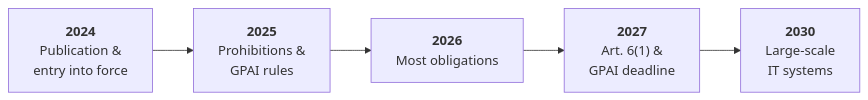
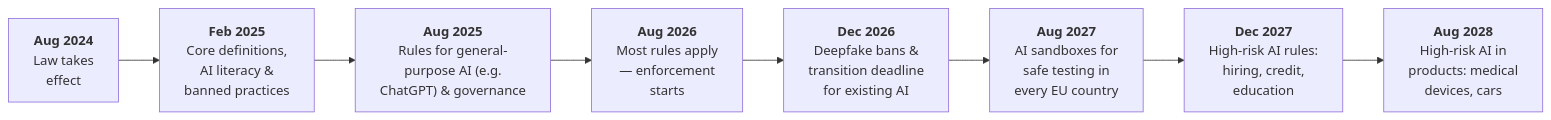
Before and after one commit to BitrootNL/BitRoot-AI-Visuals: the diagram in mermaid/eu_ai_act_timeline.md, drawn with Mermaid. The commit also changed other lines of this file and 10 other files, not shown here.

Commit message:
timeline fixes and minor styling improvements

````diff
--- a/mermaid/eu_ai_act_timeline.md
+++ b/mermaid/eu_ai_act_timeline.md
@@ -9,7 +11,10 @@
 ```mermaid
 flowchart LR
-    A["<b class='hl'>2024</b><br>Publication &<br>entry into force"] --> B["<b class='hl'>2025</b><br>Prohibitions &<br>GPAI rules"]
-    B --> C["<b class='hl'>2026</b><br>Most obligations"]
-    C --> D["<b class='hl'>2027</b><br>Art. 6(1) &<br>GPAI deadline"]
-    D --> E["<b class='hl'>2030</b><br>Large-scale<br>IT systems"]
+    A["<b class='hl'>Aug 2024</b><br>Law takes<br>effect"] --> B["<b class='hl'>Feb 2025</b><br>Core definitions,<br>AI literacy &<br>banned practices"]
+    B --> C["<b class='hl'>Aug 2025</b><br>Rules for general-<br>purpose AI (e.g.<br>ChatGPT) & governance"]
+    C --> D["<b class='hl'>Aug 2026</b><br>Most rules apply<br>— enforcement<br>starts"]
+    D --> E["<b class='hl'>Dec 2026</b><br>Deepfake bans &<br>transition deadline<br>for existing AI"]
+    E --> F["<b class='hl'>Aug 2027</b><br>AI sandboxes for<br>safe testing in<br>every EU country"]
+    F --> G["<b class='hl'>Dec 2027</b><br>High-risk AI rules:<br>hiring, credit,<br>education"]
+    G --> H["<b class='hl'>Aug 2028</b><br>High-risk AI in<br>products: medical<br>devices, cars"]
 ```
````
